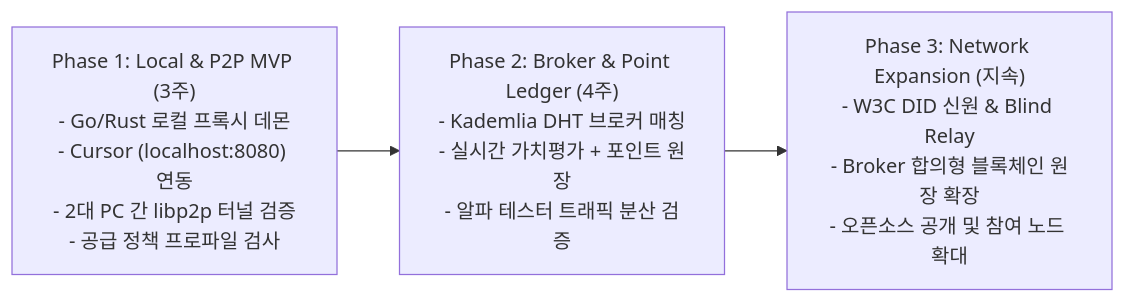
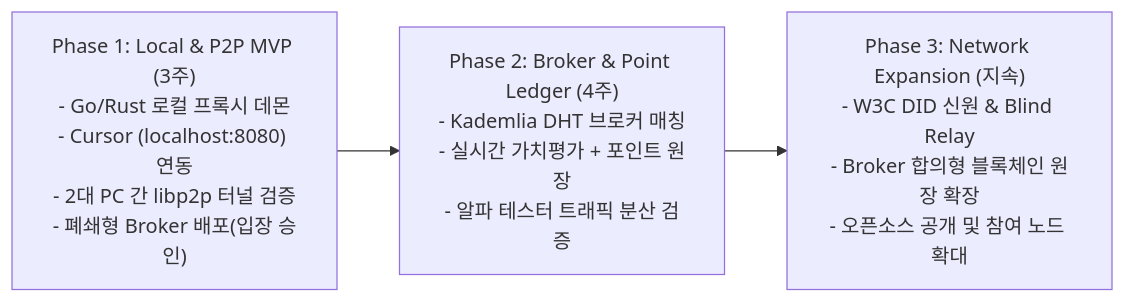
Before and after one commit to tanminkwan/share-ur-tokens: the second of 2 diagrams in docs/feasibility-and-compliance.md, drawn with Mermaid. The commit also changed other lines of this file and 10 other files, not shown here.

````diff
--- a/docs/feasibility-and-compliance.md
+++ b/docs/feasibility-and-compliance.md
@@ -56,6 +57,6 @@
 ```mermaid
 flowchart LR
-    Phase1["Phase 1: Local & P2P MVP (3주)\n- Go/Rust 로컬 프록시 데몬\n- Cursor (localhost:8080) 연동\n- 2대 PC 간 libp2p 터널 검증\n- 공급 정책 프로파일 검사"]
+    Phase1["Phase 1: Local & P2P MVP (3주)\n- Go/Rust 로컬 프록시 데몬\n- Cursor (localhost:8080) 연동\n- 2대 PC 간 libp2p 터널 검증\n- 폐쇄형 Broker 배포(입장 승인)"]
     --> Phase2["Phase 2: Broker & Point Ledger (4주)\n- Kademlia DHT 브로커 매칭\n- 실시간 가치평가 + 포인트 원장\n- 알파 테스터 트래픽 분산 검증"]
     --> Phase3["Phase 3: Network Expansion (지속)\n- W3C DID 신원 & Blind Relay\n- Broker 합의형 블록체인 원장 확장\n- 오픈소스 공개 및 참여 노드 확대"]
 ```
````
